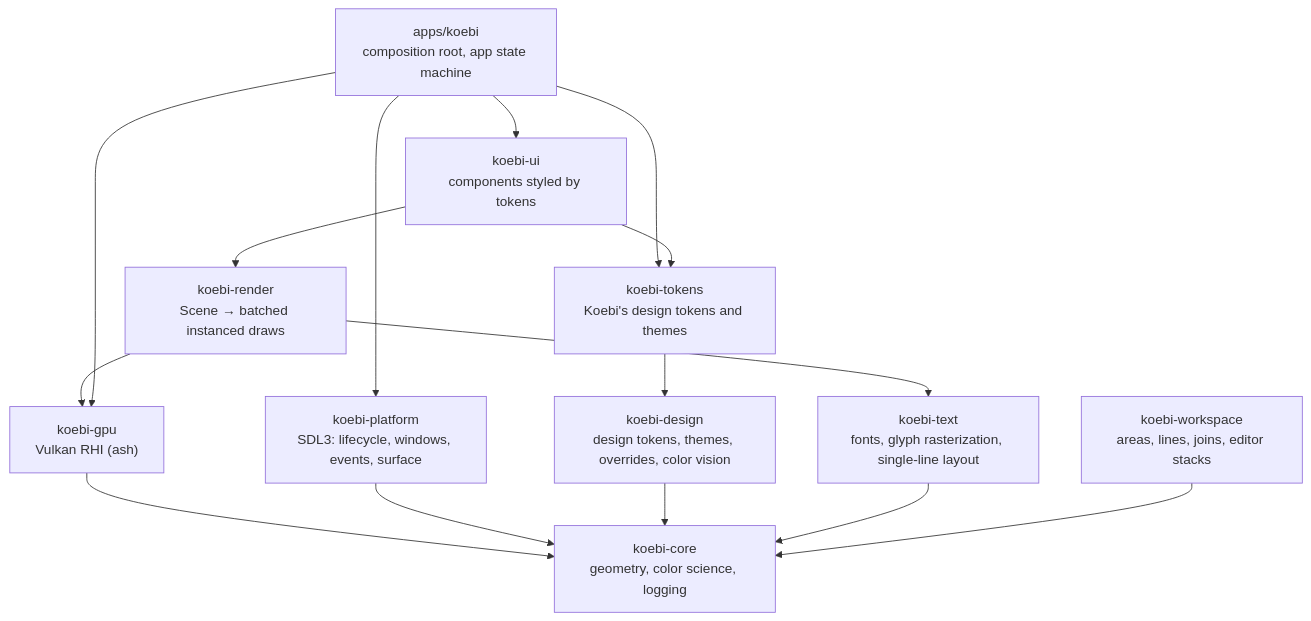
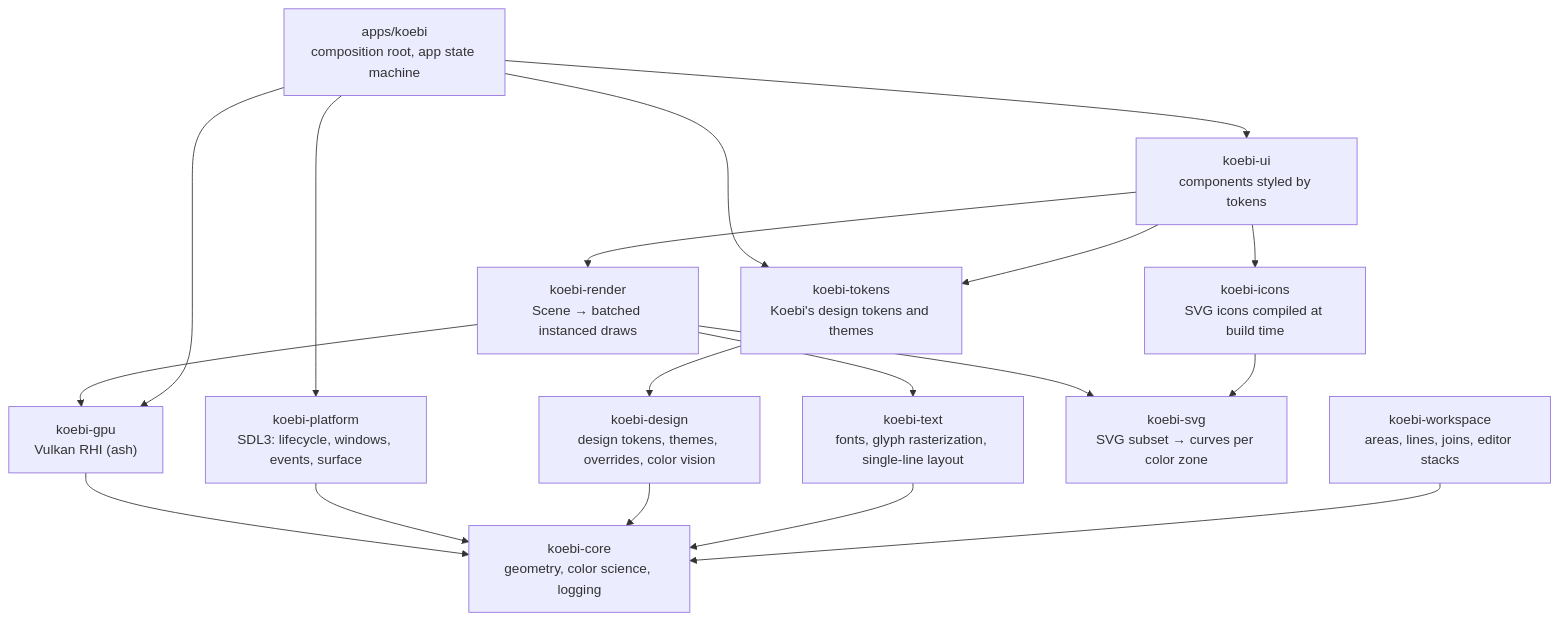
One commit to Kolosta/Koebi changed the first of 2 diagrams in docs/architecture/overview.md. Above: the diagram before and after it, drawn with Mermaid. The commit also changed other lines of this file and 182 other files, not shown here.

Commit message:
feat(render): vector icons compiled from svg at build time, covered from their curves (#214)

````diff
--- a/docs/architecture/overview.md
+++ b/docs/architecture/overview.md
@@ -8,21 +8,25 @@
 ```mermaid
 flowchart TD
     app["apps/koebi<br/>composition root, app state machine"]
     ui["koebi-ui<br/>components styled by tokens"]
     render["koebi-render<br/>Scene → batched instanced draws"]
     gpu["koebi-gpu<br/>Vulkan RHI (ash)"]
     platform["koebi-platform<br/>SDL3: lifecycle, windows, events, surface"]
     tokens["koebi-tokens<br/>Koebi's design tokens and themes"]
     design["koebi-design<br/>design tokens, themes, overrides, color vision"]
     text["koebi-text<br/>fonts, glyph rasterization, single-line layout"]
+    svg["koebi-svg<br/>SVG subset → curves per color zone"]
+    icons["koebi-icons<br/>SVG icons compiled at build time"]
     workspace["koebi-workspace<br/>areas, lines, joins, editor stacks"]
     core["koebi-core<br/>geometry, color science, logging"]
     app --> ui --> render --> gpu --> core
     render --> text
+    render --> svg
+    ui --> icons --> svg
     app --> platform --> core
     app --> gpu
     app --> tokens
     ui --> tokens --> design --> core
     text --> core
     workspace --> core
 ```
````
